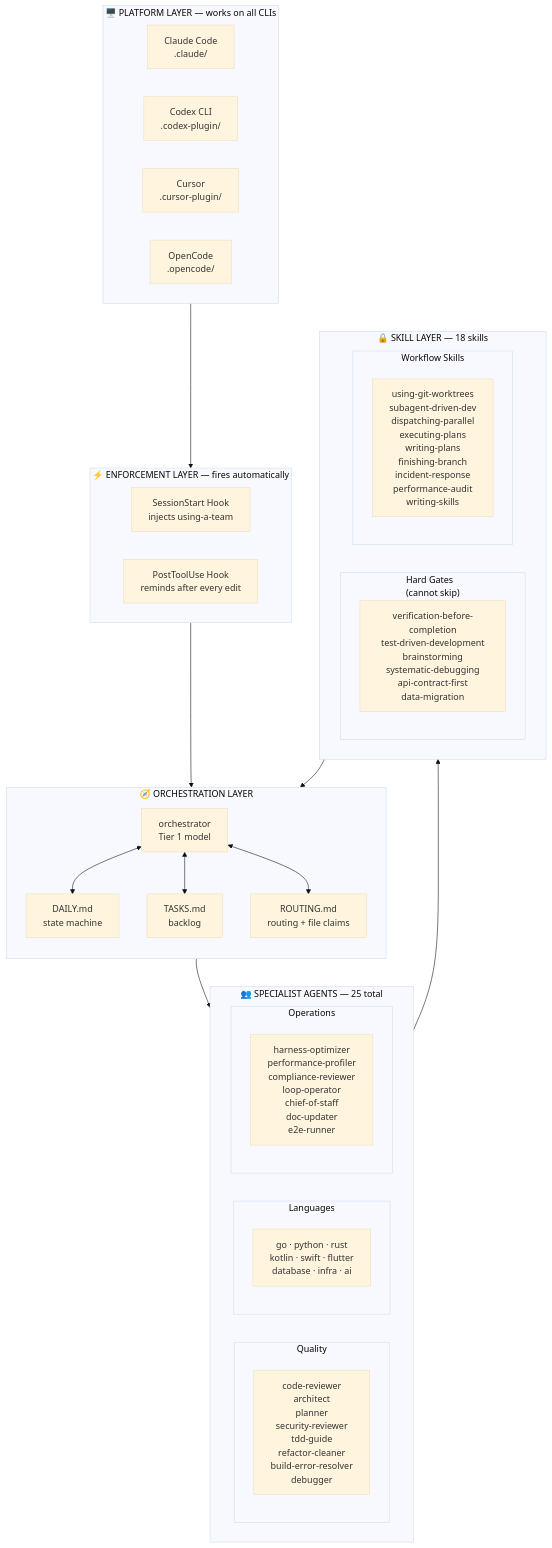
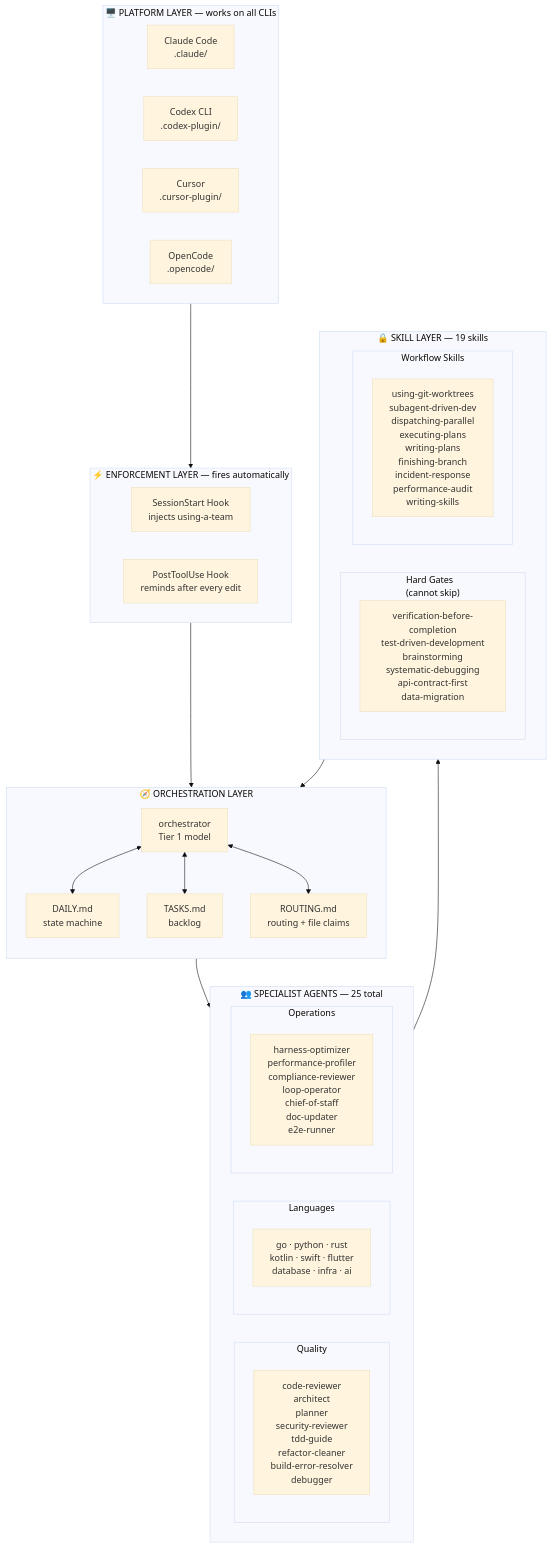
One commit to RBraga01/a-team changed the first of 4 diagrams in docs/overview.md. Above: the diagram before and after it, drawn with Mermaid (base theme). The commit also changed 2 other files, not shown here.

Commit message:
fix: sync skill count to 19 across CLAUDE.md, overview.md, and index.html
Stale counts found: CLAUDE.md folder layout had 12, index.html had 16 and 18
in hero stat, hero text, FAQ, and footer. overview.md Mermaid diagram had 18.

````diff
--- a/docs/overview.md
+++ b/docs/overview.md
@@ -26,59 +26,59 @@
 ```mermaid
 graph TB
     subgraph P["🖥️  PLATFORM LAYER — works on all CLIs"]
         direction LR
         CC["Claude Code\n.claude/"]
         CX["Codex CLI\n.codex-plugin/"]
         CU["Cursor\n.cursor-plugin/"]
         OC["OpenCode\n.opencode/"]
     end
 
     subgraph E["⚡  ENFORCEMENT LAYER — fires automatically"]
         direction LR
         SH["SessionStart Hook\ninjects using-a-team"]
         PH["PostToolUse Hook\nreminds after every edit"]
     end
 
     subgraph O["🧭  ORCHESTRATION LAYER"]
         direction TB
         ORCH["orchestrator\nTier 1 model"]
         DAILY["DAILY.md\nstate machine"]
         TASKS["TASKS.md\nbacklog"]
         ROUTING["ROUTING.md\nrouting + file claims"]
         ORCH <--> DAILY
         ORCH <--> TASKS
         ORCH <--> ROUTING
     end
 
     subgraph A["👥  SPECIALIST AGENTS — 25 total"]
         direction LR
         subgraph QUALITY["Quality"]
             QA["code-reviewer\narchitect\nplanner\nsecurity-reviewer\ntdd-guide\nrefactor-cleaner\nbuild-error-resolver\ndebugger"]
         end
         subgraph LANG["Languages"]
             LA["go · python · rust\nkotlin · swift · flutter\ndatabase · infra · ai"]
         end
         subgraph OPS["Operations"]
             OP["harness-optimizer\nperformance-profiler\ncompliance-reviewer\nloop-operator\nchief-of-staff\ndoc-updater\ne2e-runner"]
         end
     end
 
-    subgraph S["🔒  SKILL LAYER — 18 skills"]
+    subgraph S["🔒  SKILL LAYER — 19 skills"]
         direction LR
         subgraph HARD["Hard Gates\n(cannot skip)"]
             HG["verification-before-completion\ntest-driven-development\nbrainstorming\nsystematic-debugging\napi-contract-first\ndata-migration"]
         end
         subgraph WORK["Workflow Skills"]
             WS["using-git-worktrees\nsubagent-driven-dev\ndispatching-parallel\nexecuting-plans\nwriting-plans\nfinishing-branch\nincident-response\nperformance-audit\nwriting-skills"]
         end
     end
 
     P --> E
     E --> O
     O --> A
     A --> S
     S --> O
 
     classDef layer fill:#1e293b,color:#f1f5f9,stroke:#334155
     classDef platform fill:#0f172a,color:#94a3b8,stroke:#1e293b
 ```
````
